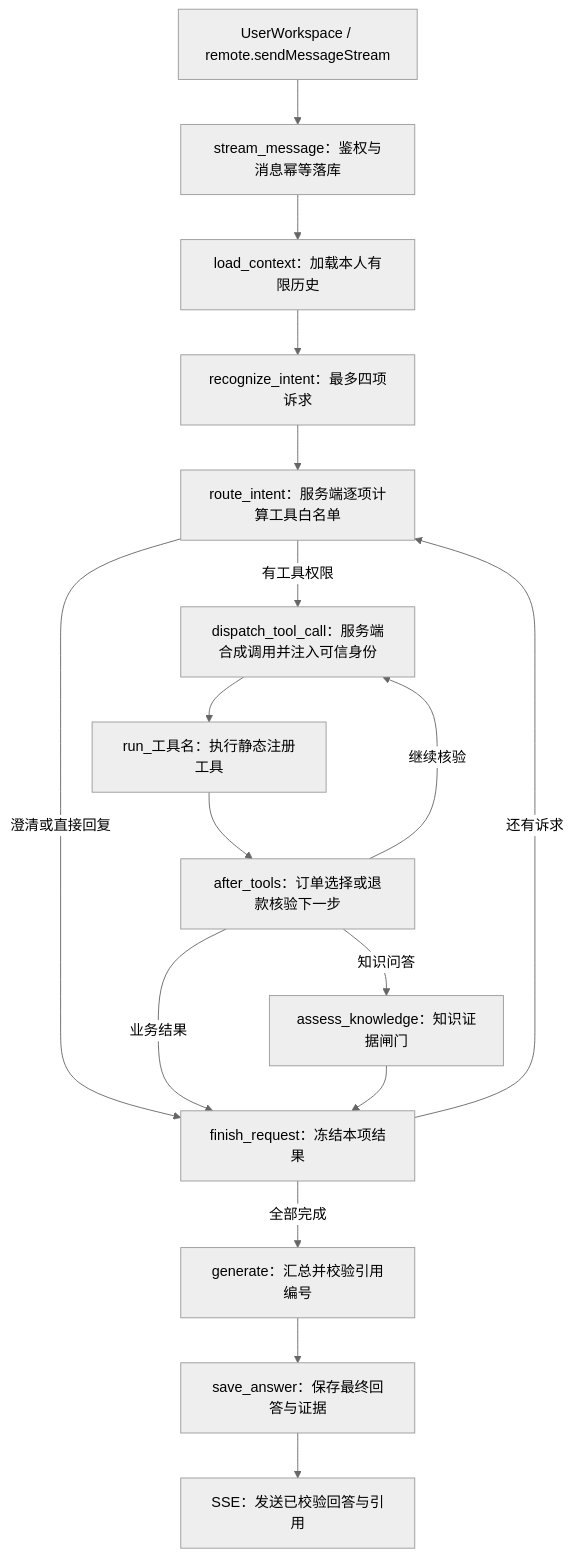
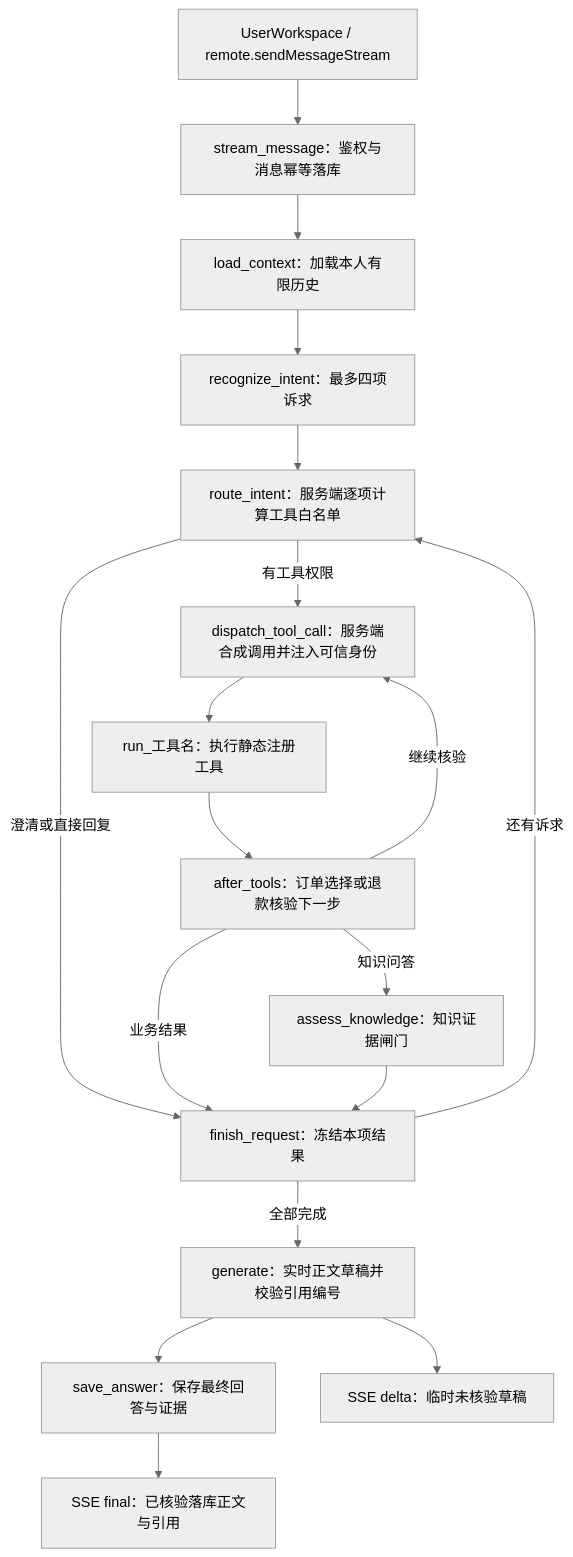
One commit to Tindalos-ik/Aiden changed the diagram in docs/Aiden.md. Above: the diagram before and after it, drawn with Mermaid (neutral theme). The commit also changed other lines of this file and 10 other files, not shown here.

````diff
--- a/docs/Aiden.md
+++ b/docs/Aiden.md
@@ -106,27 +106,29 @@
 ```mermaid
 graph TD
     ui["UserWorkspace / remote.sendMessageStream"]
     api["stream_message：鉴权与消息幂等落库"]
     ctx["load_context：加载本人有限历史"]
     intent["recognize_intent：最多四项诉求"]
     route["route_intent：服务端逐项计算工具白名单"]
     dispatch["dispatch_tool_call：服务端合成调用并注入可信身份"]
     tools["run_工具名：执行静态注册工具"]
     after["after_tools：订单选择或退款核验下一步"]
     assess["assess_knowledge：知识证据闸门"]
     finish["finish_request：冻结本项结果"]
-    gen["generate：汇总并校验引用编号"]
+    gen["generate：实时正文草稿并校验引用编号"]
     save["save_answer：保存最终回答与证据"]
-    sse["SSE：发送已校验回答与引用"]
+    draft_sse["SSE delta：临时未核验草稿"]
+    final_sse["SSE final：已核验落库正文与引用"]
     ui --> api --> ctx --> intent --> route
     route -->|有工具权限| dispatch
     route -->|澄清或直接回复| finish
     dispatch --> tools --> after
     after -->|继续核验| dispatch
     after -->|知识问答| assess
     after -->|业务结果| finish
     assess --> finish
     finish -->|还有诉求| route
     finish -->|全部完成| gen
-    gen --> save --> sse
+    gen --> draft_sse
+    gen --> save --> final_sse
 ```
````
